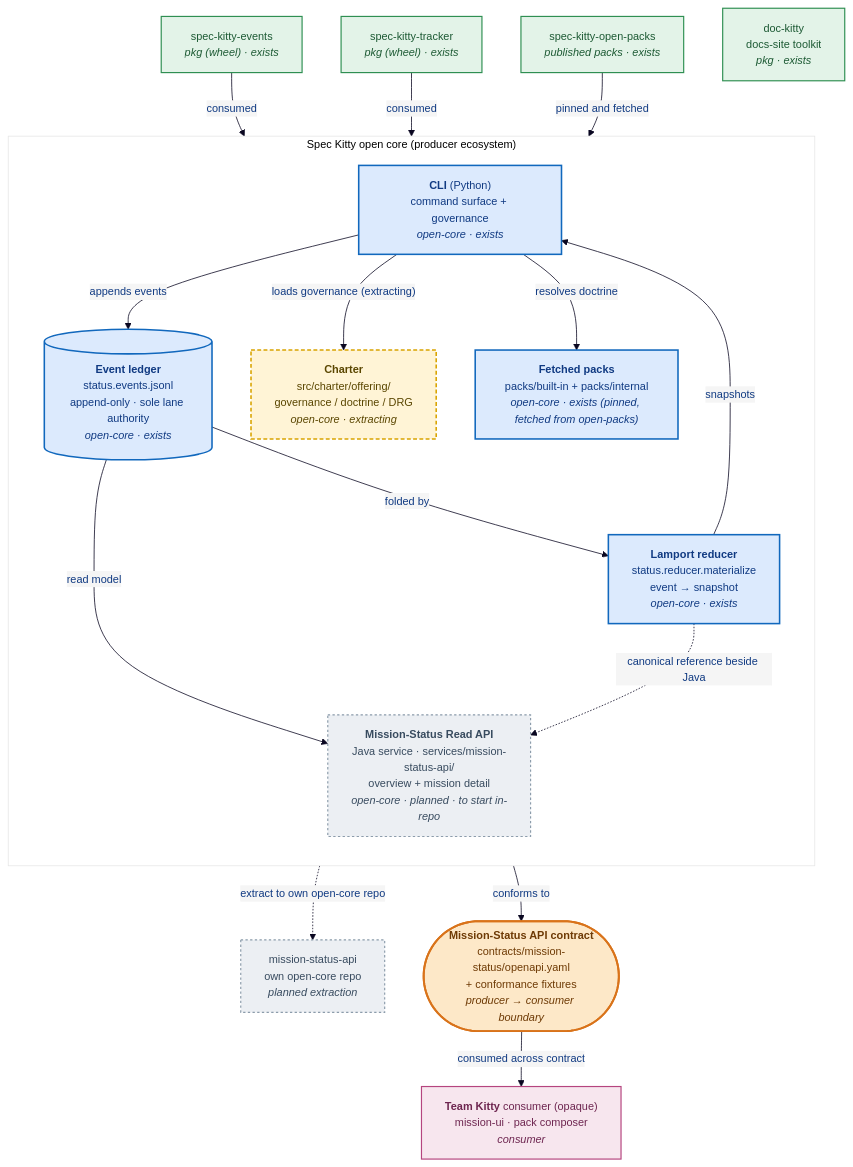
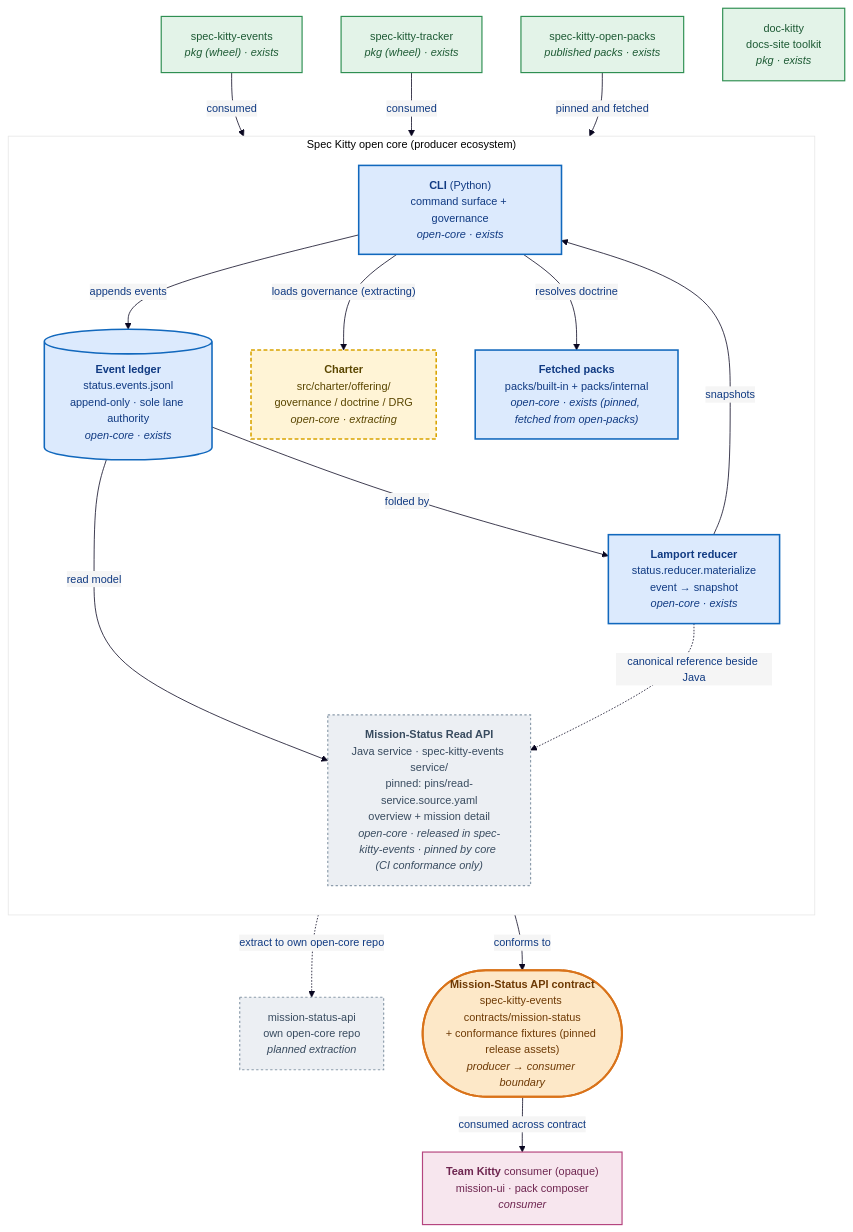
The third of 3 diagrams in docs/architecture/diagrams/02_containers/README.md (spec-kitty/spec-kitty), drawn with Mermaid before and after one commit. The commit also changed other lines of this file and 29 other files, not shown here.

````diff
--- a/docs/architecture/diagrams/02_containers/README.md
+++ b/docs/architecture/diagrams/02_containers/README.md
@@ -271,52 +273,52 @@
 ```mermaid
 %%{init: {'theme':'base','themeVariables': {
   'fontFamily': 'Trebuchet MS, Verdana, Arial, sans-serif',
   'fontSize': '14px',
   'primaryColor': '#f5f5f5',
   'primaryTextColor': '#103a82',
   'primaryBorderColor': '#1c75cc',
   'lineColor': '#0a0721'
 }}}%%
 flowchart TB
     subgraph OpenCore["Spec Kitty open core (producer ecosystem)"]
       direction TB
       cli["<b>CLI</b> (Python)<br/>command surface + governance<br/><i>open-core · exists</i>"]
       ledger[("<b>Event ledger</b><br/>status.events.jsonl<br/>append-only · sole lane authority<br/><i>open-core · exists</i>")]
       reducer["<b>Lamport reducer</b><br/>status.reducer.materialize<br/>event → snapshot<br/><i>open-core · exists</i>"]
-      statusapi["<b>Mission-Status Read API</b><br/>Java service · services/mission-status-api/<br/>overview + mission detail<br/><i>open-core · planned · to start in-repo</i>"]
+      statusapi["<b>Mission-Status Read API</b><br/>Java service · spec-kitty-events service/<br/>pinned: pins/read-service.source.yaml<br/>overview + mission detail<br/><i>open-core · released in spec-kitty-events · pinned by core (CI conformance only)</i>"]
       charter["<b>Charter</b><br/>src/charter/offering/<br/>governance / doctrine / DRG<br/><i>open-core · extracting</i>"]
       packsrc["<b>Fetched packs</b><br/>packs/built-in + packs/internal<br/><i>open-core · exists (pinned, fetched from open-packs)</i>"]
     end
     events["spec-kitty-events<br/><i>pkg (wheel) · exists</i>"]
     tracker["spec-kitty-tracker<br/><i>pkg (wheel) · exists</i>"]
     openpacks["spec-kitty-open-packs<br/><i>published packs · exists</i>"]
     dockitty["doc-kitty<br/>docs-site toolkit<br/><i>pkg · exists</i>"]
     apiRepoFuture["mission-status-api<br/>own open-core repo<br/><i>planned extraction</i>"]
-    seam(["<b>Mission-Status API contract</b><br/>contracts/mission-status/openapi.yaml<br/>+ conformance fixtures<br/><i>producer → consumer boundary</i>"])
+    seam(["<b>Mission-Status API contract</b><br/>spec-kitty-events contracts/mission-status<br/>+ conformance fixtures (pinned release assets)<br/><i>producer → consumer boundary</i>"])
     teamkitty["<b>Team Kitty</b> consumer (opaque)<br/>mission-ui · pack composer<br/><i>consumer</i>"]
     cli -->|appends events| ledger
     ledger -->|folded by| reducer
     reducer -->|snapshots| cli
     ledger -->|read model| statusapi
     reducer -. canonical reference beside Java .-> statusapi
     cli -->|"loads governance (extracting)"| charter
     cli -->|resolves doctrine| packsrc
     events -->|consumed| cli
     tracker -->|consumed| cli
     openpacks -->|pinned and fetched| packsrc
     statusapi -->|conforms to| seam
     statusapi -. extract to own open-core repo .-> apiRepoFuture
     seam -->|consumed across contract| teamkitty
     classDef coreProducer fill:#dceafd,stroke:#1168bd,color:#103a82,stroke-width:2px;
     classDef extracting fill:#fff4d6,stroke:#d9a400,color:#5a4600,stroke-width:2px,stroke-dasharray:5 3;
     classDef planned fill:#eceff3,stroke:#8c9cab,color:#384b5f,stroke-width:1.5px,stroke-dasharray:3 3;
     classDef pkg fill:#e3f3e8,stroke:#2f8f52,color:#1d5a34,stroke-width:1.5px;
     classDef seam fill:#fde8c8,stroke:#d9731a,color:#6e3a05,stroke-width:2.5px;
     classDef consumer fill:#f7e6ee,stroke:#b5457f,color:#6e2650,stroke-width:1.5px;
     class cli,ledger,reducer,packsrc coreProducer;
     class statusapi,apiRepoFuture planned;
     class charter extracting;
     class events,tracker,openpacks,dockitty pkg;
     class seam seam;
     class teamkitty consumer;
 ```
````
